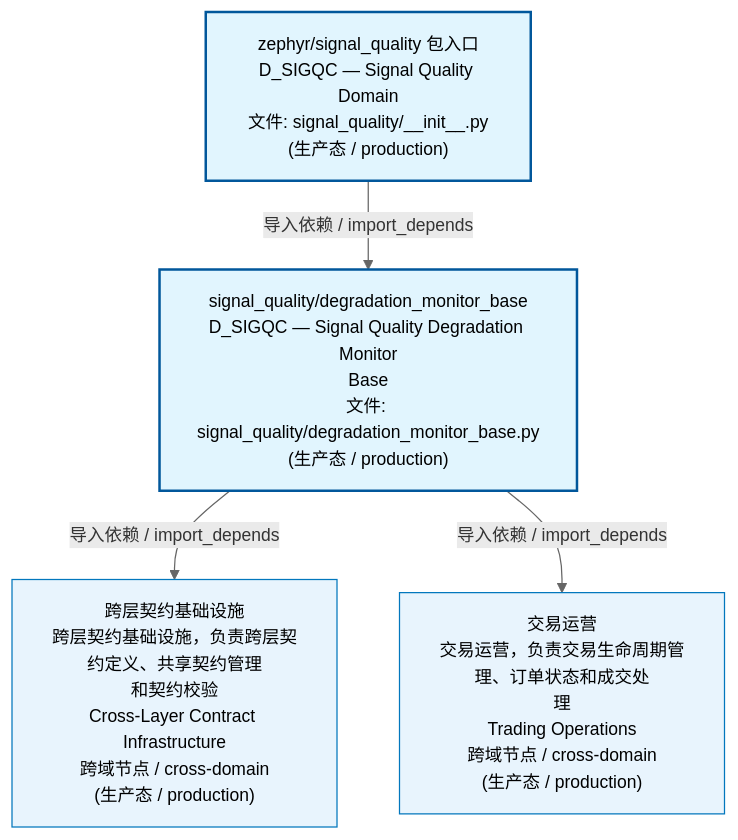
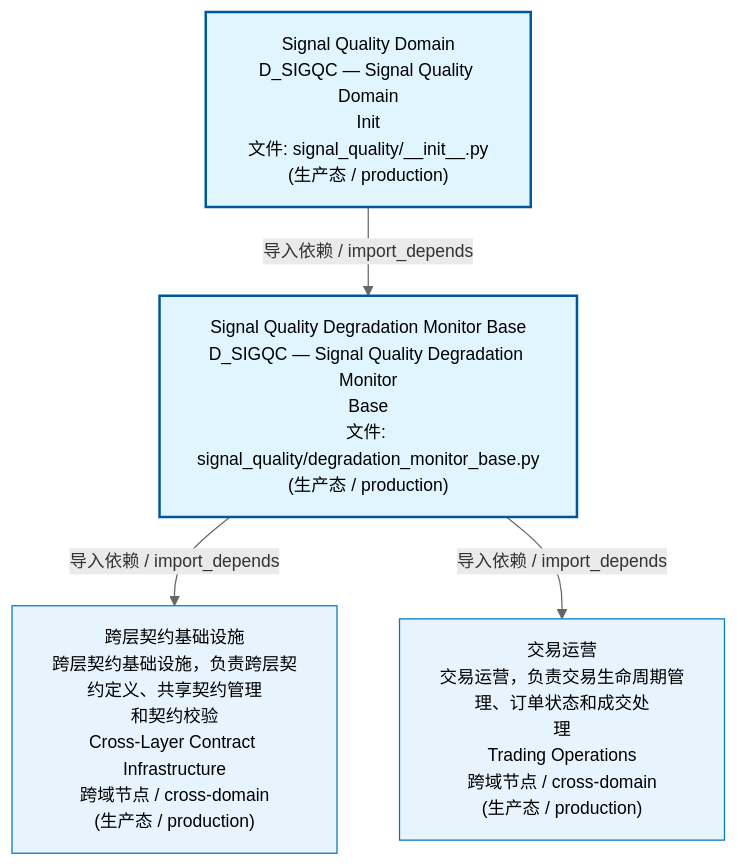
Before and after one commit to xuanFelixVan/ZephyrAlpha: the first of 3 diagrams in docs/02_enterprise_architecture/02_domain_architecture_docs/69_d_sigqc.md, drawn with Mermaid. The commit also changed other lines of this file and 58 other files, not shown here.

````diff
--- a/docs/02_enterprise_architecture/02_domain_architecture_docs/69_d_sigqc.md
+++ b/docs/02_enterprise_architecture/02_domain_architecture_docs/69_d_sigqc.md
@@ -53,17 +53,17 @@
 ```mermaid
 %%{init: {'theme': 'base', 'themeVariables': {'primaryColor': '#eaeaea', 'primaryTextColor': '#333333', 'primaryBorderColor': '#666666', 'lineColor': '#666666', 'secondaryColor': '#eaeaea', 'tertiaryColor': '#eaeaea', 'fontSize': '14px'}}}%%
 flowchart TD
-    src_zephyr_signal_quality_init_py["zephyr/signal_quality 包入口<br/>D_SIGQC — Signal Quality Domain<br/>文件: signal_quality/__init__.py<br/>(生产态 / production)"]
-    src_zephyr_signal_quality_degradation_monitor_base_py["signal_quality/degradation_monitor_base<br/>D_SIGQC — Signal Quality Degradation Monitor<br/>Base<br/>文件: signal_quality/degradation_monitor_base.py<br/>(生产态 / production)"]
+    src_zephyr_signal_quality_init_py["Signal Quality Domain<br/>D_SIGQC — Signal Quality Domain<br/>Init<br/>文件: signal_quality/__init__.py<br/>(生产态 / production)"]
+    src_zephyr_signal_quality_degradation_monitor_base_py["Signal Quality Degradation Monitor Base<br/>D_SIGQC — Signal Quality Degradation Monitor<br/>Base<br/>文件: signal_quality/degradation_monitor_base.py<br/>(生产态 / production)"]
     src_zephyr_signal_quality_init_py -->|导入依赖 / import_depends| src_zephyr_signal_quality_degradation_monitor_base_py
     D_INFRASTRUCTURE["跨层契约基础设施<br/>跨层契约基础设施，负责跨层契约定义、共享契约管理<br/>和契约校验<br/>Cross-Layer Contract Infrastructure<br/>跨域节点 / cross-domain<br/>(生产态 / production)"]
     src_zephyr_signal_quality_degradation_monitor_base_py -->|导入依赖 / import_depends| D_INFRASTRUCTURE
     D_TRADING["交易运营<br/>交易运营，负责交易生命周期管理、订单状态和成交处<br/>理<br/>Trading Operations<br/>跨域节点 / cross-domain<br/>(生产态 / production)"]
     src_zephyr_signal_quality_degradation_monitor_base_py -->|导入依赖 / import_depends| D_TRADING
     classDef production fill:#e1f5fe,stroke:#01579b,stroke-width:2px,color:#000
     classDef design fill:#fff3e0,stroke:#e65100,stroke-width:2px,color:#000,stroke-dasharray: 5 5
     classDef external_prod fill:#e8f4fd,stroke:#0277bd,stroke-width:1px,color:#000
     classDef external_design fill:#fff8e7,stroke:#ef6c00,stroke-width:1px,color:#000,stroke-dasharray: 5 5
     class src_zephyr_signal_quality_init_py,src_zephyr_signal_quality_degradation_monitor_base_py production
     class D_INFRASTRUCTURE,D_TRADING external_prod
 ```
````
